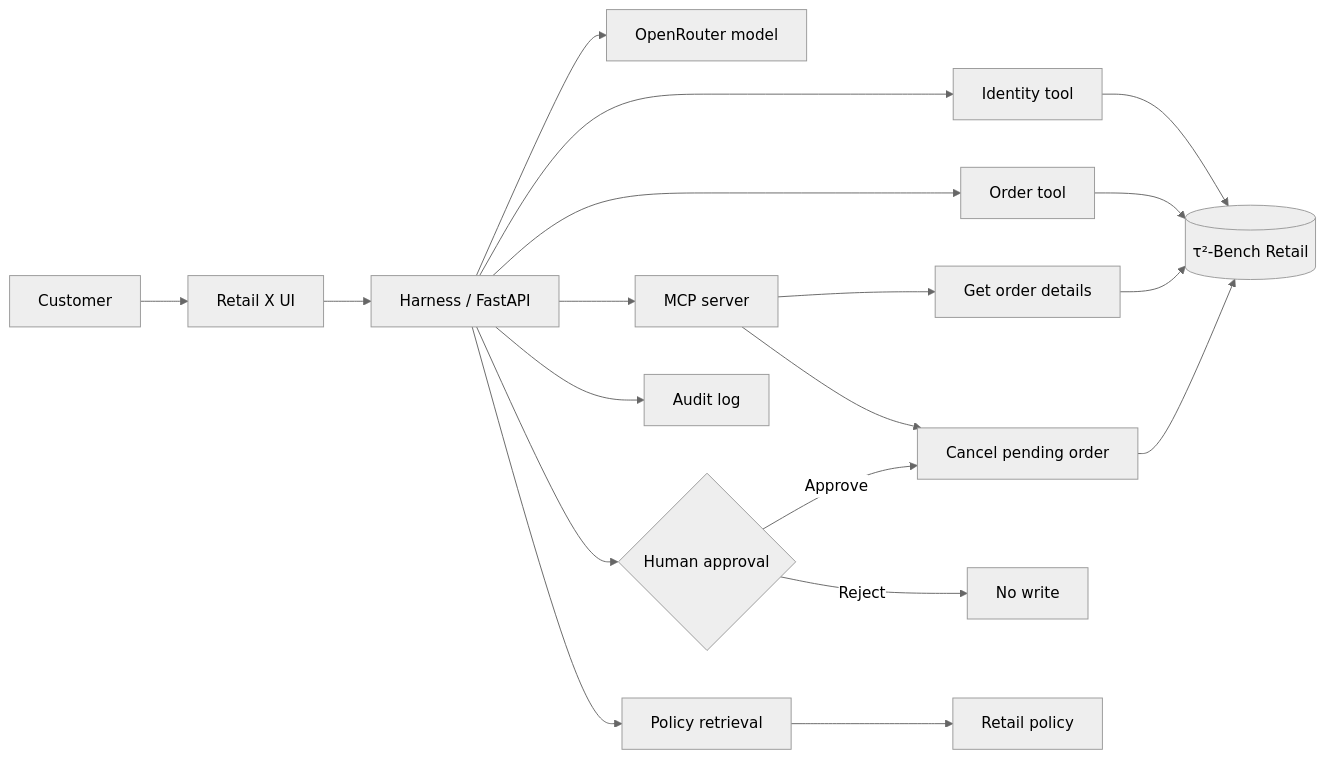
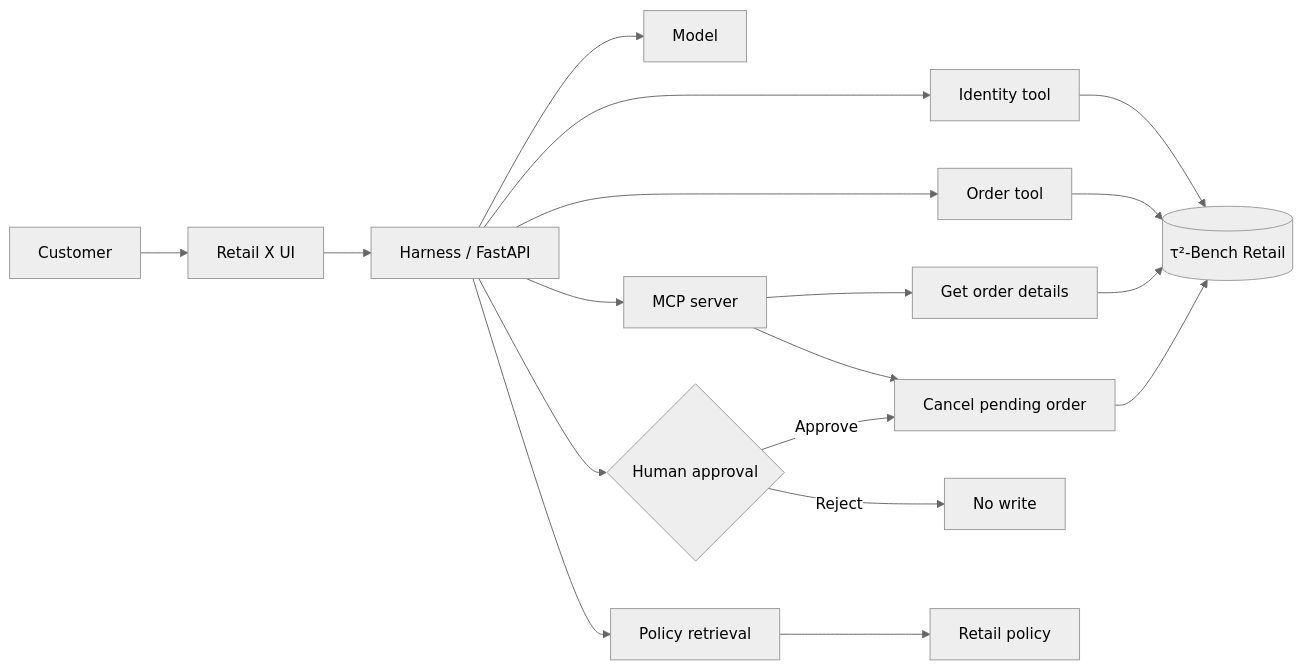
The diagram in README.md (RENADBHAI/Retail-X), drawn with Mermaid (neutral theme) before and after one commit. The commit also changed other lines of this file, not shown here.

````diff
--- a/README.md
+++ b/README.md
@@ -103,21 +90,20 @@
 ```mermaid
 flowchart LR
     U[Customer] --> UI[Retail X UI]
     UI --> H[Harness / FastAPI]
-    H --> LLM[OpenRouter model]
+    H --> LLM[Model]
     H --> T1[Identity tool]
     H --> T2[Order tool]
     H --> R[Policy retrieval]
     H --> MCP[MCP server]
     MCP --> MR[Get order details]
     MCP --> MW[Cancel pending order]
     H --> A{Human approval}
     A -->|Approve| MW
     A -->|Reject| X[No write]
-    H --> LOG[Audit log]
     T1 --> D[(τ²-Bench Retail)]
     T2 --> D
     R --> P[Retail policy]
     MR --> D
     MW --> D
 ```
````
